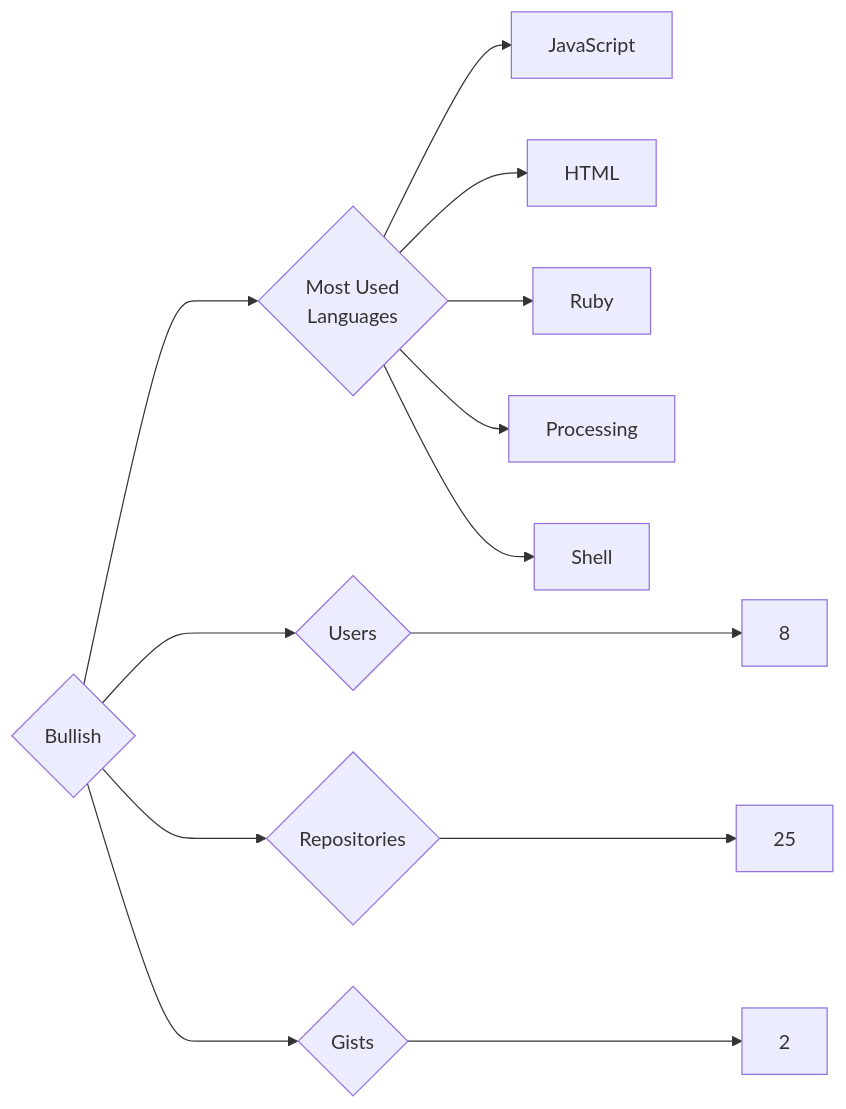
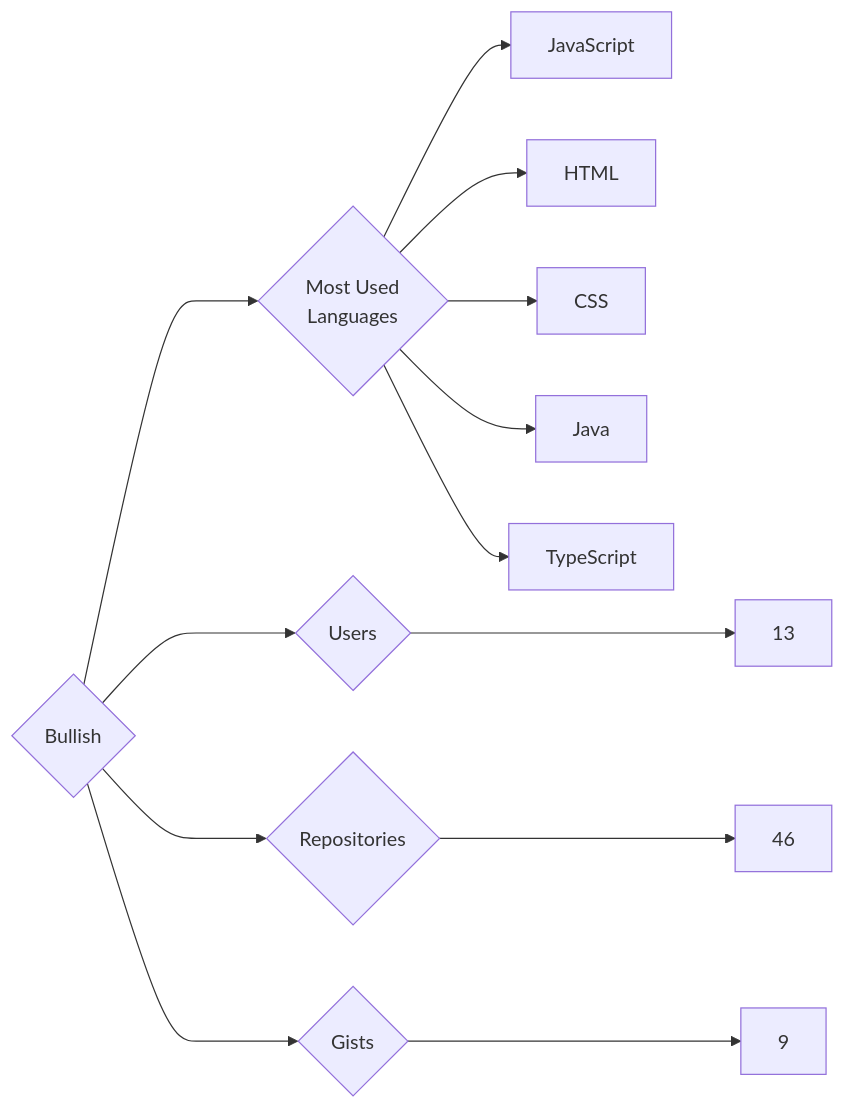
Before and after one commit to trickest/insiders: the diagram in targets/Bullish/README.md, drawn with Mermaid. The commit also changed 749 other files, not shown here.

````diff
--- a/targets/Bullish/README.md
+++ b/targets/Bullish/README.md
@@ -3,13 +3,13 @@
 ```mermaid
 graph LR
 COMPANY_NAME{Bullish}
-COMPANY_NAME ---> U{Users} ---> UN[8]
-COMPANY_NAME ---> R{Repositories} ---> RN[25]
-COMPANY_NAME ---> G{Gists} ---> GN[2]
+COMPANY_NAME ---> U{Users} ---> UN[13]
+COMPANY_NAME ---> R{Repositories} ---> RN[46]
+COMPANY_NAME ---> G{Gists} ---> GN[9]
 COMPANY_NAME ---> ML{Most Used<br>Languages}
 ML --> JavaScript[JavaScript]
 ML --> HTML[HTML]
-ML --> Ruby[Ruby]
-ML --> Processing[Processing]
-ML --> Shell[Shell]
+ML --> CSS[CSS]
+ML --> Java[Java]
+ML --> TypeScript[TypeScript]
 ```
````
